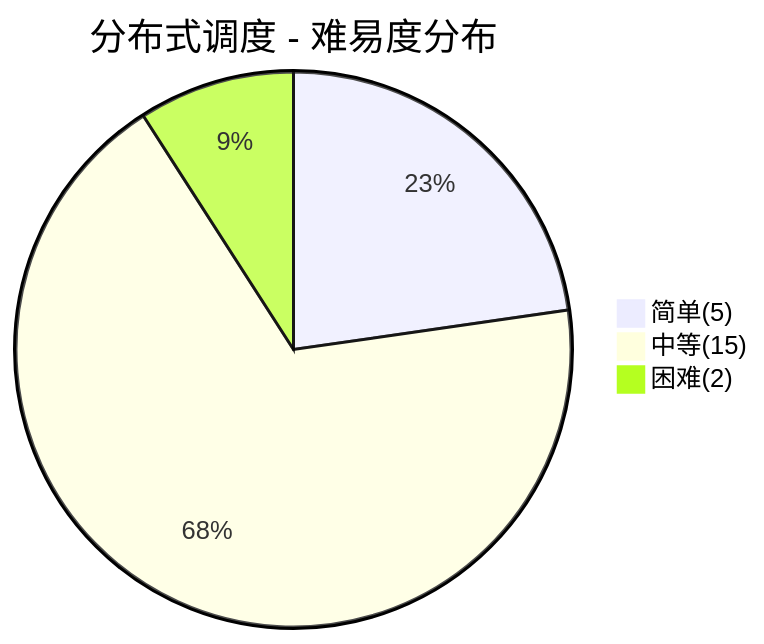
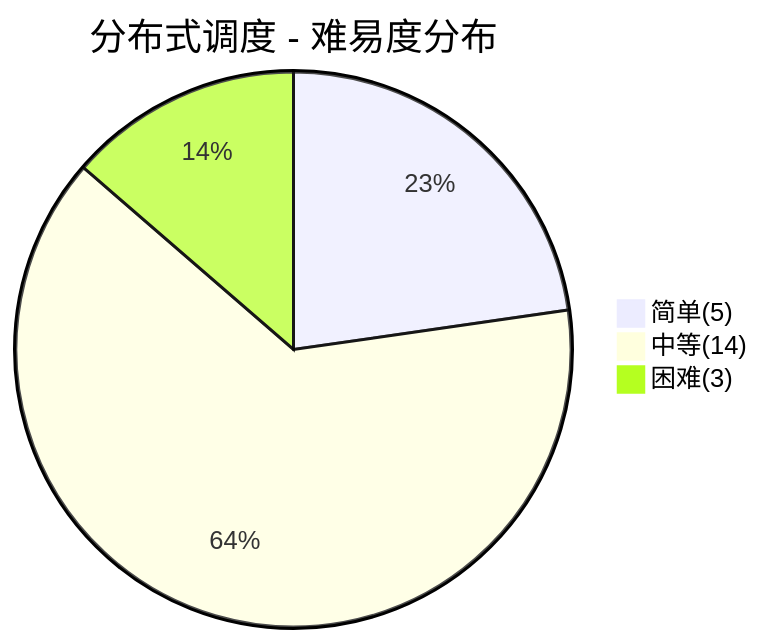
One commit to dunwu/waterdrop changed the third of 6 diagrams in docs/99.面试/分布式面试.md. Above: the diagram before and after it, drawn with Mermaid. The commit also changed other lines of this file and 73 other files, not shown here.

````diff
--- a/docs/99.面试/分布式面试.md
+++ b/docs/99.面试/分布式面试.md
@@ -180,6 +180,6 @@
 ```mermaid
 pie title 分布式调度 - 难易度分布
     "简单(5)" : 5
-    "中等(15)" : 15
-    "困难(2)" : 2
+    "中等(14)" : 14
+    "困难(3)" : 3
 ```
````
